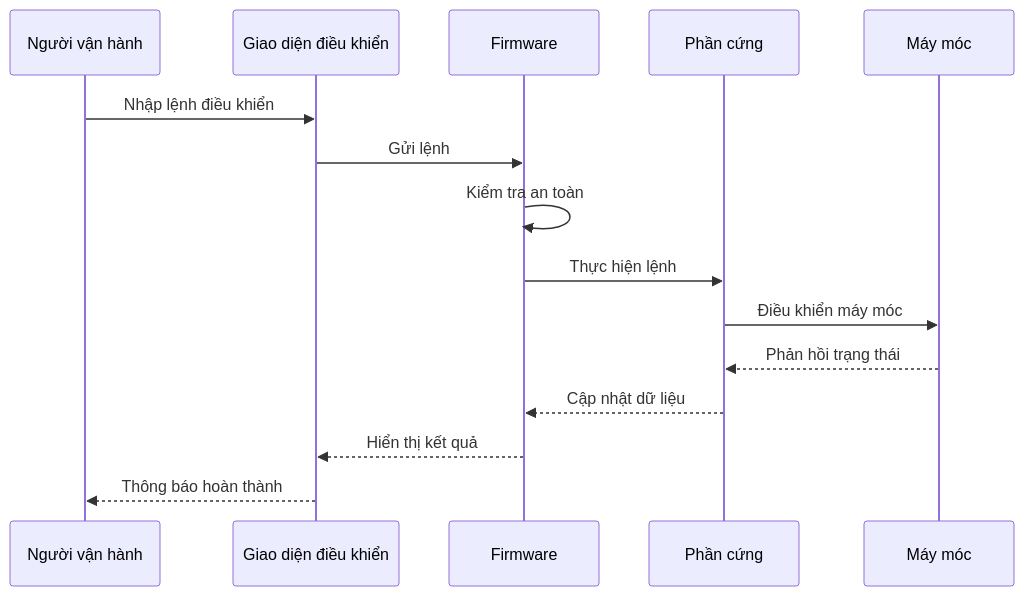
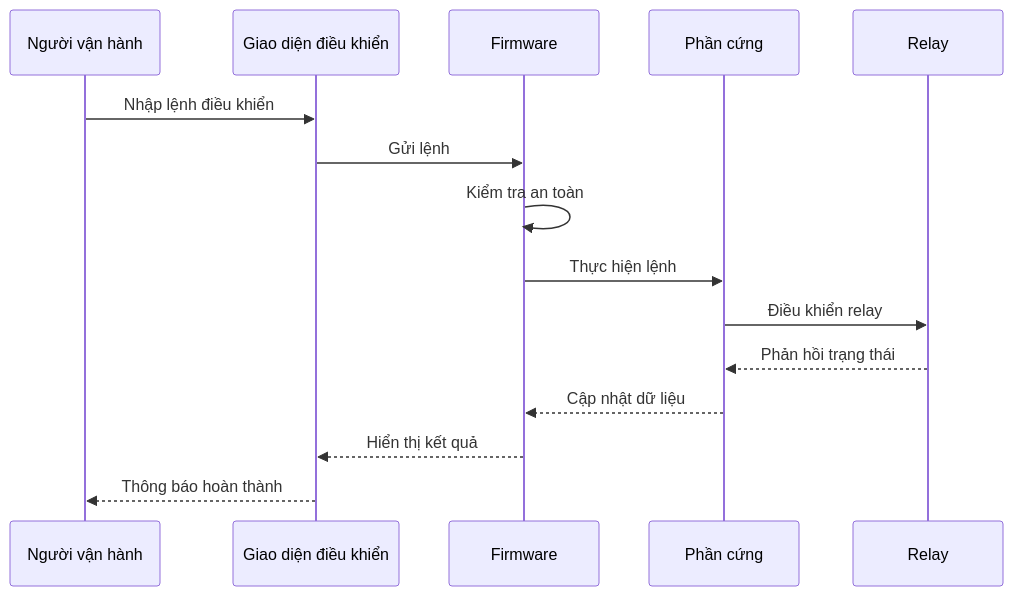
The fourth of 9 diagrams in docs/FIRMWARE/04_DOCUMENTATION/FIRMWARE_TINH_NANG_HIEN_TAI.md (kimlam2010/OHT_V2), drawn with Mermaid before and after one commit. The commit also changed other lines of this file, not shown here.

````diff
--- a/docs/FIRMWARE/04_DOCUMENTATION/FIRMWARE_TINH_NANG_HIEN_TAI.md
+++ b/docs/FIRMWARE/04_DOCUMENTATION/FIRMWARE_TINH_NANG_HIEN_TAI.md
@@ -142,18 +143,18 @@
 ```mermaid
 sequenceDiagram
     participant User as Người vận hành
     participant UI as Giao diện điều khiển
     participant FW as Firmware
     participant HW as Phần cứng
-    participant Machine as Máy móc
+    participant Relay as Relay
     
     User->>UI: Nhập lệnh điều khiển
     UI->>FW: Gửi lệnh
     FW->>FW: Kiểm tra an toàn
     FW->>HW: Thực hiện lệnh
-    HW->>Machine: Điều khiển máy móc
-    Machine-->>HW: Phản hồi trạng thái
+    HW->>Relay: Điều khiển relay
+    Relay-->>HW: Phản hồi trạng thái
     HW-->>FW: Cập nhật dữ liệu
     FW-->>UI: Hiển thị kết quả
     UI-->>User: Thông báo hoàn thành
 ```
````
